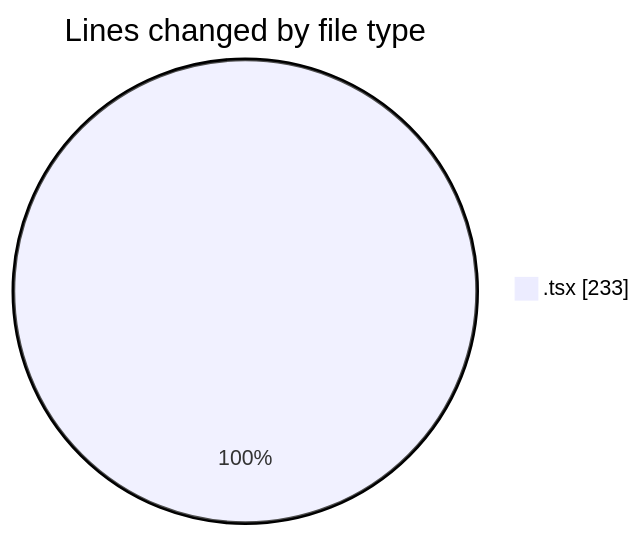
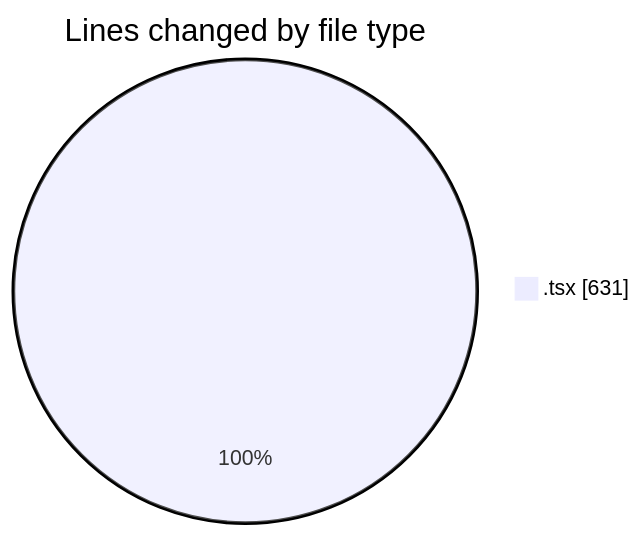
The first of 2 diagrams in 2026-07-11/nxtqube_webapp/README.md (nxtqubesakshisongat/code-tracking), drawn with Mermaid before and after one commit. The commit also changed other lines of this file and 1 other file, not shown here.

````diff
--- a/2026-07-11/nxtqube_webapp/README.md
+++ b/2026-07-11/nxtqube_webapp/README.md
@@ -20,5 +21,5 @@
 ```mermaid
 pie showData
 title Lines changed by file type
-".tsx" : 233
+".tsx" : 631
 ```
````
